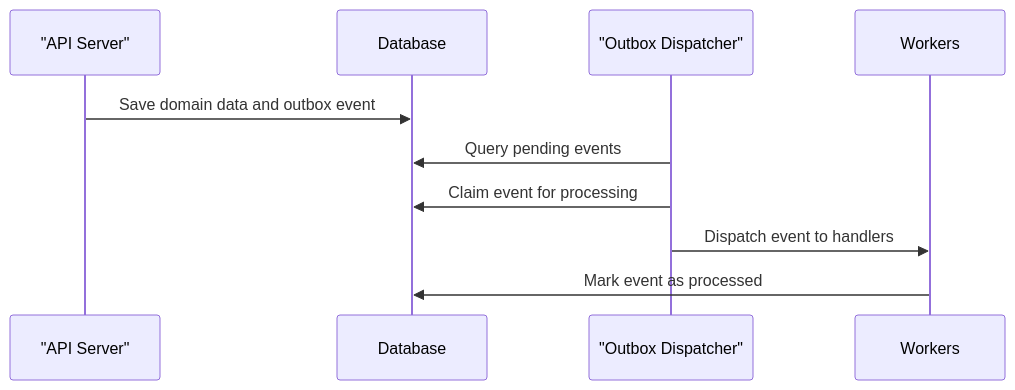
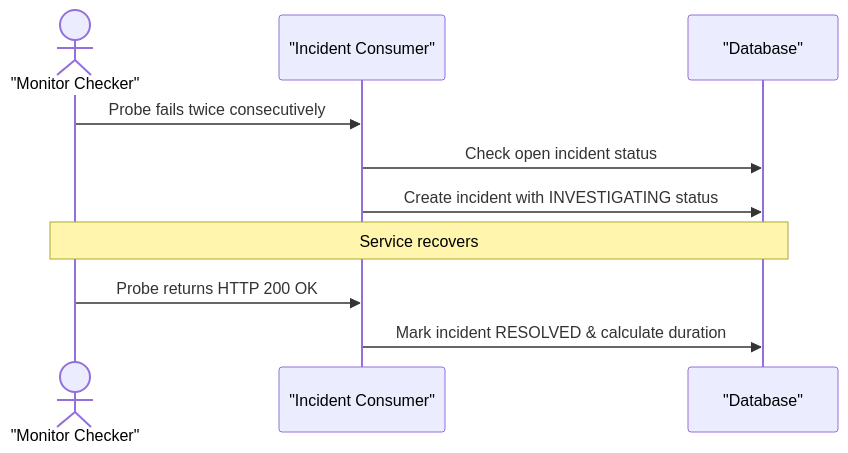
The third of 3 diagrams in README.md (onosejoor/operatio), drawn with Mermaid before and after one commit. The commit also changed other lines of this file and 10 other files, not shown here.

````diff
--- a/README.md
+++ b/README.md
@@ -96,13 +53,13 @@
 ```mermaid
 sequenceDiagram
-  participant API as "API Server"
-  participant Database
-  participant Dispatcher as "Outbox Dispatcher"
-  participant Workers
+  actor Checker as "Monitor Checker"
+  participant Consumer as "Incident Consumer"
+  participant DB as "Database"
 
-  API->>Database: Save domain data and outbox event
-  Dispatcher->>Database: Query pending events
-  Dispatcher->>Database: Claim event for processing
-  Dispatcher->>Workers: Dispatch event to handlers
-  Workers->>Database: Mark event as processed
+  Checker->>Consumer: Probe fails twice consecutively
+  Consumer->>DB: Check open incident status
+  Consumer->>DB: Create incident with INVESTIGATING status
+  Note over Checker,DB: Service recovers
+  Checker->>Consumer: Probe returns HTTP 200 OK
+  Consumer->>DB: Mark incident RESOLVED & calculate duration
 ```
````
